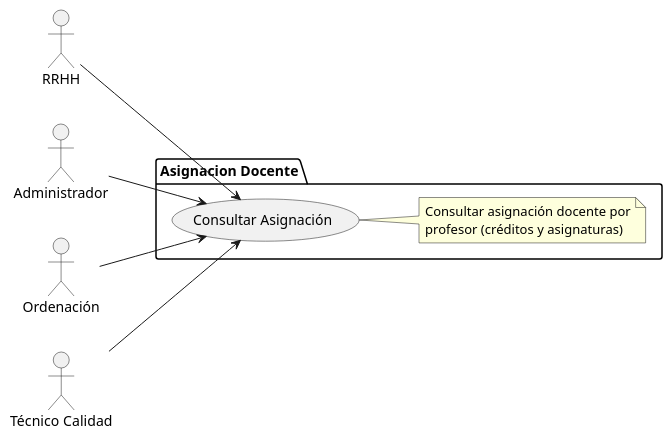
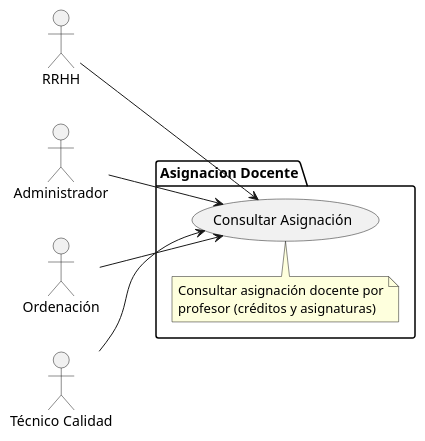
The diagram in modelosUML/CdU/Individuales/ConsultarProfesor.puml (mmasias/24-25-IdSw1-SDR), drawn with PlantUML before and after one commit. The commit also changed 31 other files, not shown here.

Commit message:
ajustes de proporcion en diagramas

```diff
--- a/modelosUML/CdU/Individuales/ConsultarProfesor.puml
+++ b/modelosUML/CdU/Individuales/ConsultarProfesor.puml
@@ -1,21 +1,21 @@
 @startuml
 left to right direction
 
 actor "RRHH" as rrhh
 actor "Administrador" as admin
 actor "Ordenación" as ord
 actor "Técnico Calidad" as tec
 
 package "Asignacion Docente" as porProfPackage {
     usecase "Consultar Asignación" as consProf
-    note right of consProf
+    note top of consProf
         Consultar asignación docente por
         profesor (créditos y asignaturas)
     end note
 }
 
 rrhh --> consProf
 admin --> consProf
 ord --> consProf
 tec --> consProf
 @enduml
```
